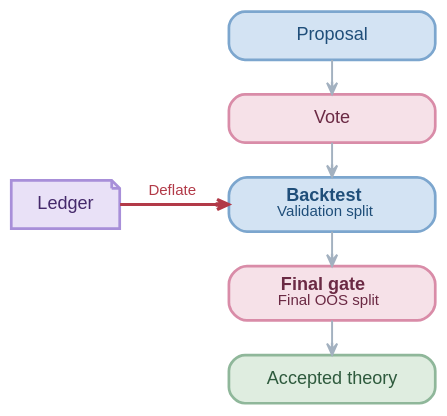
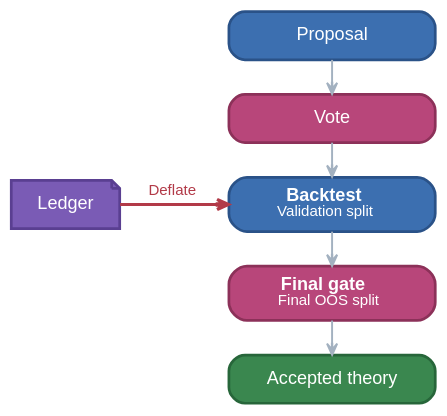
Diagram 15 of 15 in papers/Causal_Analysis_for_Finance/notes.slides.md (GokuHashira/gpsaggese.github.io), drawn with Graphviz before and after one commit. The commit also changed other lines of this file and 6 other files, not shown here.

````diff
--- a/papers/Causal_Analysis_for_Finance/notes.slides.md
+++ b/papers/Causal_Analysis_for_Finance/notes.slides.md
@@ -1516,43 +1581,43 @@
 ```graphviz[width=80%]
 digraph Validation {
   // automated : blue | human gate : rose | ledger : violet | result : sage
   bgcolor="transparent";
   pad="0.15";
   splines=spline;
   nodesep=0.35;
   ranksep=0.30;
   rankdir=TB;
 
   node [shape=box,
         style="rounded,filled",
         penwidth=1.8,
         fontname="Helvetica",
         fontsize=12,
         margin="0.18,0.10",
         height=0.45,
         width=1.9];
 
   edge [color="#A3B1C0",
         penwidth=1.3,
         arrowhead=vee,
         arrowsize=0.75,
         fontname="Helvetica",
         fontsize=10,
         fontcolor="#7B8794"];
 
-  Proposal [label="Proposal", fillcolor="#D3E3F3", color="#7CA6CE", fontcolor="#1F4E79"];
-  Vote     [label="Vote", fillcolor="#F6E1E8", color="#D98CA8", fontcolor="#6B2A44"];
+  Proposal [label="Proposal", fillcolor="#3C6FB0", color="#2A5288", fontcolor="#FFFFFF"];
+  Vote     [label="Vote", fillcolor="#B8467A", color="#8C3159", fontcolor="#FFFFFF"];
   Backtest [label=<<b>Backtest</b><br/><font point-size="10">Validation split</font>>,
-            fillcolor="#D3E3F3", color="#7CA6CE", fontcolor="#1F4E79"];
-  Ledger   [label="Ledger", shape=note, fillcolor="#E9E1F7", color="#A88FD9", fontcolor="#45296B", width=1.0];
+            fillcolor="#3C6FB0", color="#2A5288", fontcolor="#FFFFFF"];
+  Ledger   [label="Ledger", shape=note, fillcolor="#7A5BB5", color="#5A3F91", fontcolor="#FFFFFF", width=1.0];
   Final    [label=<<b>Final gate</b><br/><font point-size="10">Final OOS split</font>>,
-            fillcolor="#F6E1E8", color="#D98CA8", fontcolor="#6B2A44"];
-  Accepted [label="Accepted theory", fillcolor="#DFEDE0", color="#8FB79A", fontcolor="#2E5A3D"];
+            fillcolor="#B8467A", color="#8C3159", fontcolor="#FFFFFF"];
+  Accepted [label="Accepted theory", fillcolor="#3A874F", color="#27663A", fontcolor="#FFFFFF"];
 
   { rank=same; Backtest; Ledger; }
 
   Proposal -> Vote -> Backtest -> Final -> Accepted;
   Ledger -> Backtest [label="  Deflate  ", style=bold, penwidth=2.0,
                       color="#B23A48", fontcolor="#B23A48"];
 }
 ```
````
